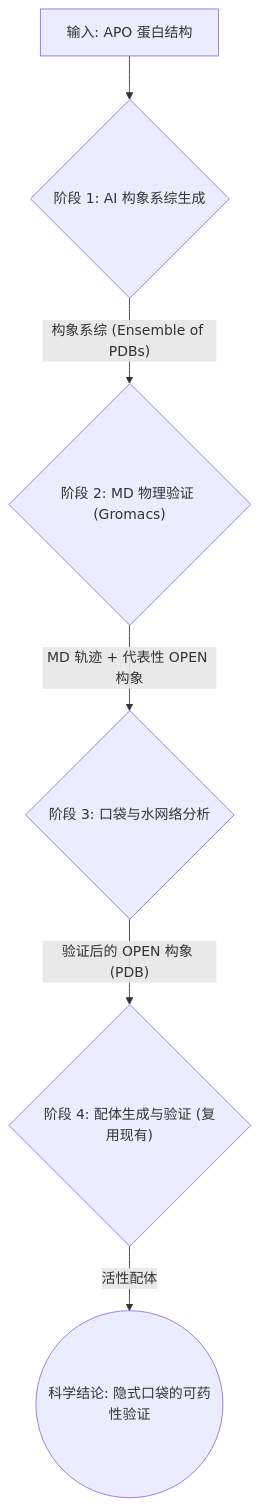
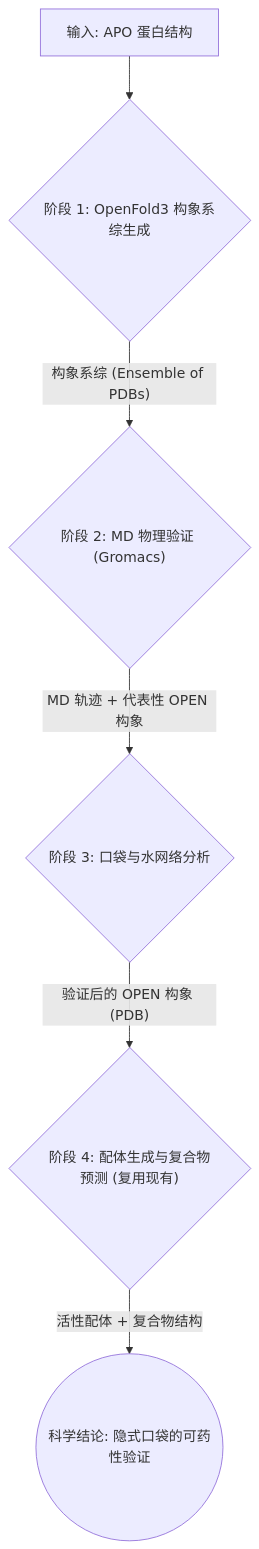
Before and after one commit to huluxiaohuowa/wa-dd-docs: the diagram in userguide/案例：隐式口袋发现工作流.md, drawn with Mermaid. The commit also changed other lines of this file and 1 other file, not shown here.

````diff
--- a/userguide/案例：隐式口袋发现工作流.md
+++ b/userguide/案例：隐式口袋发现工作流.md
@@ -41,8 +41,8 @@
 ```mermaid
 graph TD
-    A["输入: APO 蛋白结构"] --> B{"阶段 1: AI 构象系综生成"};
+    A["输入: APO 蛋白结构"] --> B{"阶段 1: OpenFold3 构象系综生成"};
     B -->|"构象系综 (Ensemble of PDBs)"| C{"阶段 2: MD 物理验证 (Gromacs)"};
     C -->|"MD 轨迹 + 代表性 OPEN 构象"| D{"阶段 3: 口袋与水网络分析"};
-    D -->|"验证后的 OPEN 构象 (PDB)"| E{"阶段 4: 配体生成与验证 (复用现有)"};
-    E -->|"活性配体"| F(("科学结论: 隐式口袋的可药性验证"));
+    D -->|"验证后的 OPEN 构象 (PDB)"| E{"阶段 4: 配体生成与复合物预测 (复用现有)"};
+    E -->|"活性配体 + 复合物结构"| F(("科学结论: 隐式口袋的可药性验证"));
 ```
````
